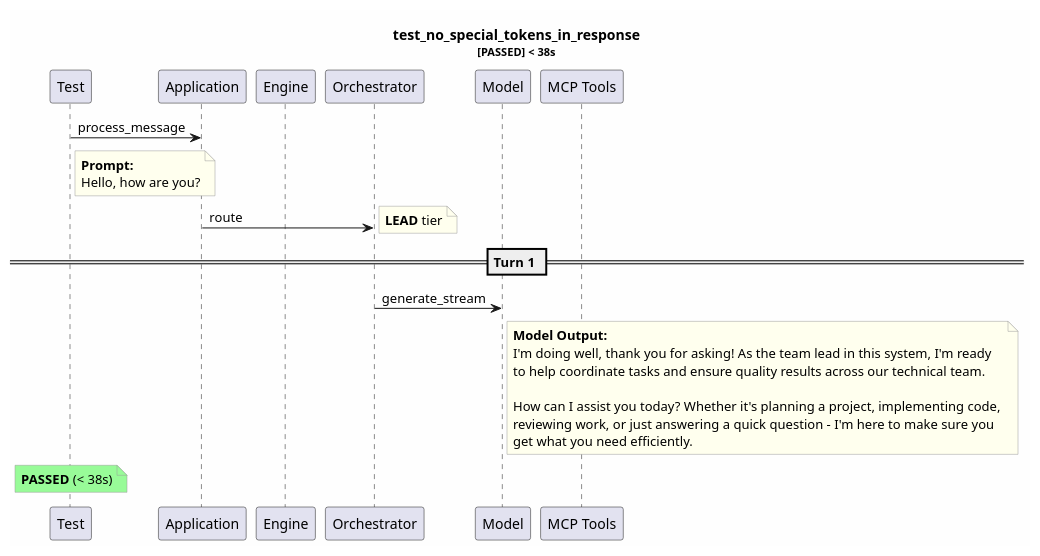
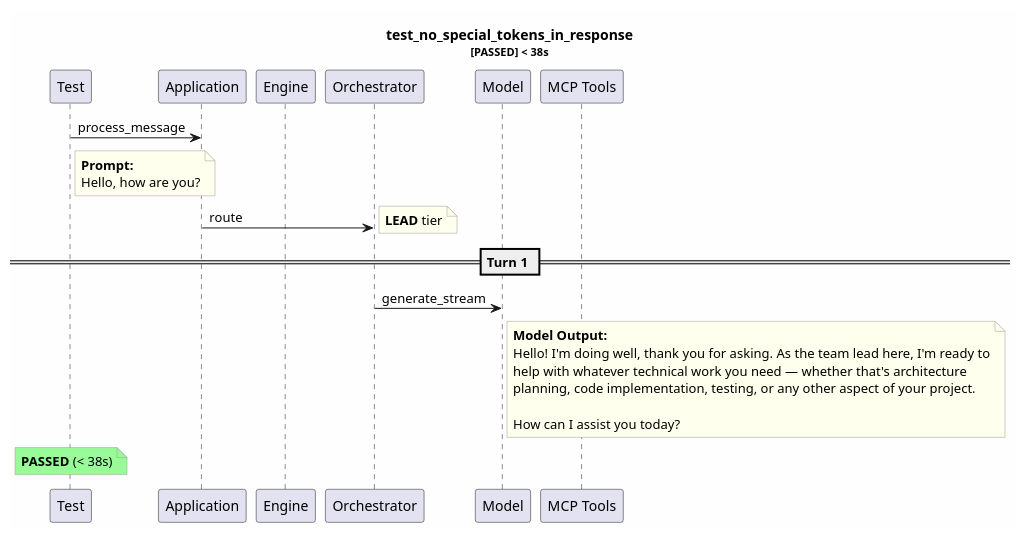
One commit to tvanfossen/entropic changed the diagram in test-reports/logs/test_no_special_tokens_in_response/test_no_special_tokens_in_response.puml. Above: the diagram before and after it, drawn with PlantUML. The commit also changed 35 other files, not shown here.

```diff
--- a/test-reports/logs/test_no_special_tokens_in_response/test_no_special_tokens_in_response.puml
+++ b/test-reports/logs/test_no_special_tokens_in_response/test_no_special_tokens_in_response.puml
@@ -1,36 +1,35 @@
 @startuml
 skinparam backgroundColor #FEFEFE
 skinparam noteBorderColor #999999
 skinparam noteBackgroundColor #FFFFEE
 title test_no_special_tokens_in_response\n<size:11>[PASSED] < 38s</size>
 
 participant "Test" as T
 participant "Application" as App
 participant "Engine" as Eng
 participant "Orchestrator" as Orch
 participant "Model" as Mdl
 participant "MCP Tools" as MCP
 
 T -> App: process_message
 note right of T
   **Prompt:**
   Hello, how are you?
 end note
 App -> Orch: route
 note right: **LEAD** tier
 == Turn 1 ==
 Orch -> Mdl: generate_stream
 note right of Mdl
   **Model Output:**
-  I'm doing well, thank you for asking! As the team lead in this system, I'm ready
-  to help coordinate tasks and ensure quality results across our technical team.
+  Hello! I'm doing well, thank you for asking. As the team lead here, I'm ready to
+  help with whatever technical work you need — whether that's architecture 
+  planning, code implementation, testing, or any other aspect of your project.
   
-  How can I assist you today? Whether it's planning a project, implementing code, 
-  reviewing work, or just answering a quick question - I'm here to make sure you 
-  get what you need efficiently.
+  How can I assist you today?
 end note
 note over T #palegreen
   **PASSED** (< 38s)
 end note
 
 @enduml
```
